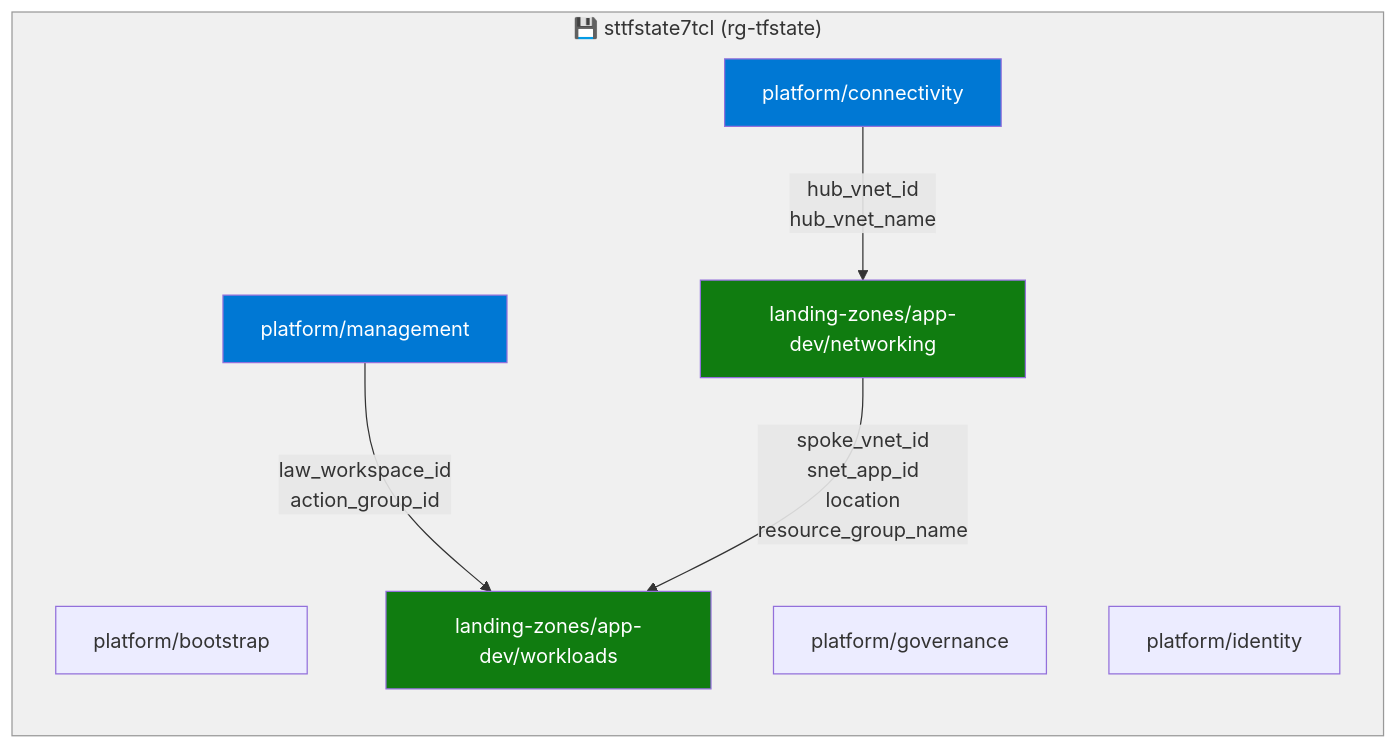
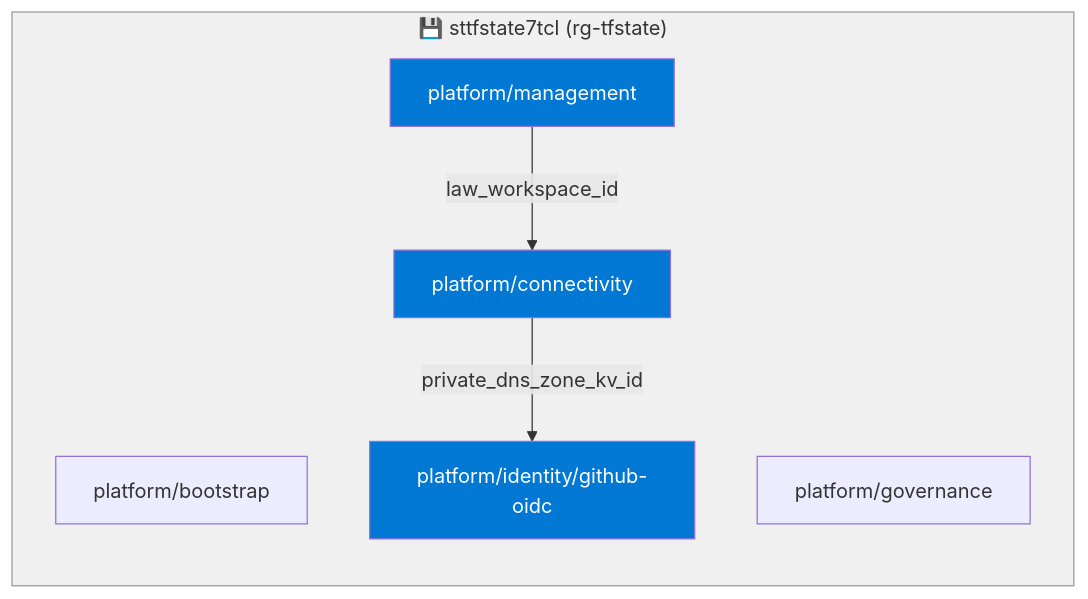
The third of 6 diagrams in docs/architecture.md (moshstaq/azure-landing-zone), drawn with Mermaid before and after one commit. The commit also changed other lines of this file, not shown here.

Commit message:
docs: Update the repo architecture

````diff
--- a/docs/architecture.md
+++ b/docs/architecture.md
@@ -84,22 +88,18 @@
 ```mermaid
 graph LR
     subgraph STORAGE["💾 sttfstate7tcl (rg-tfstate)"]
         BS["platform/bootstrap"]
+        MGMT["platform/management"]
         CONN["platform/connectivity"]
-        MGMT["platform/management"]
         GOV["platform/governance"]
-        OIDC["platform/identity"]
-        NET["landing-zones/app-dev/networking"]
-        WL["landing-zones/app-dev/workloads"]
+        OIDC["platform/identity/github-oidc"]
     end
 
-    CONN -->|"hub_vnet_id\nhub_vnet_name"| NET
-    MGMT -->|"law_workspace_id\naction_group_id"| WL
-    NET -->|"spoke_vnet_id\nsnet_app_id\nlocation\nresource_group_name"| WL
+    MGMT -->|"law_workspace_id"| CONN
+    CONN -->|"private_dns_zone_kv_id"| OIDC
 
     style STORAGE fill:#f0f0f0,stroke:#999
+    style MGMT fill:#0078D4,color:#fff
     style CONN fill:#0078D4,color:#fff
-    style MGMT fill:#0078D4,color:#fff
-    style NET fill:#107c10,color:#fff
-    style WL fill:#107c10,color:#fff
+    style OIDC fill:#0078D4,color:#fff
 ```
````
